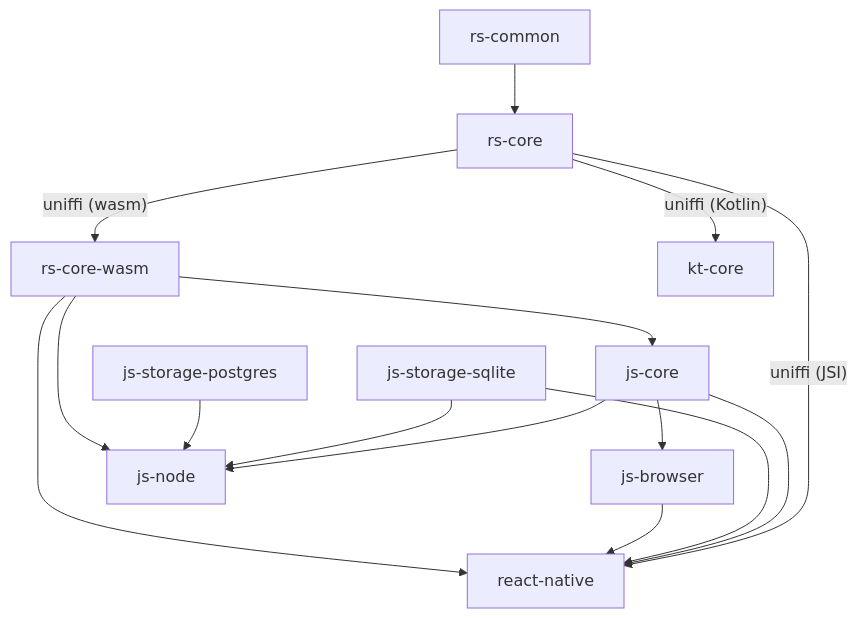
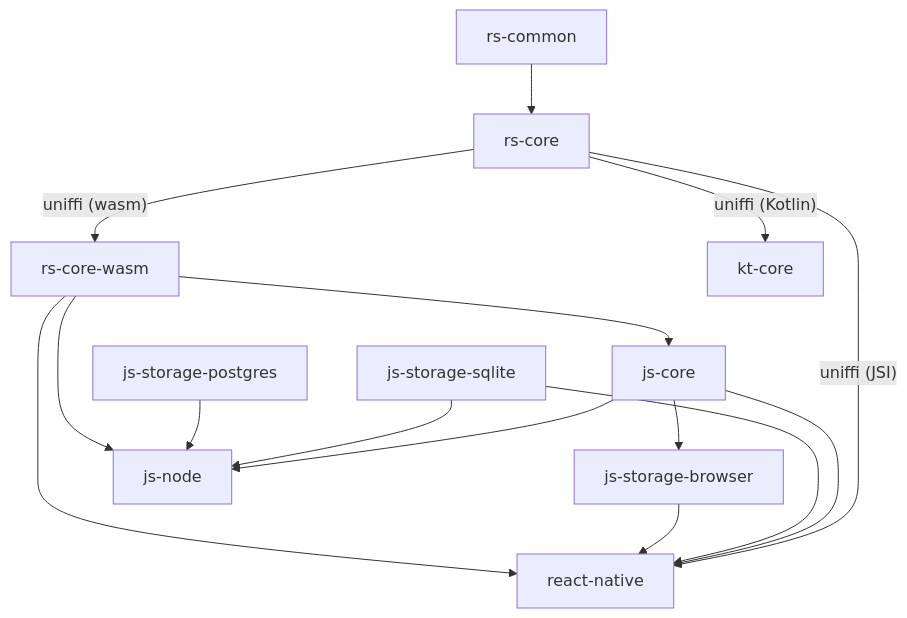
One commit to futo-org/Harbor changed the diagram in docs/content/developer/project-structure.md. Above: the diagram before and after it, drawn with Mermaid. The commit also changed other lines of this file and 36 other files, not shown here.

Commit message:
Rename js-browser to js-storage-browser, to match other storage packages

````diff
--- a/docs/content/developer/project-structure.md
+++ b/docs/content/developer/project-structure.md
@@ -42,17 +42,17 @@
 ```mermaid
 flowchart TD
   common[rs-common] --> core[rs-core]
   core -- "uniffi (wasm)" --> wasm[rs-core-wasm]
   core -- "uniffi (JSI)" --> rn[react-native]
   core -- "uniffi (Kotlin)" --> kt[kt-core]
   wasm --> jscore[js-core]
-  jscore --> browser[js-browser]
+  jscore --> browser[js-storage-browser]
   jscore --> node[js-node]
   jscore --> rn
   sqlite[js-storage-sqlite] --> node
   sqlite --> rn
   pg[js-storage-postgres] --> node
   browser --> rn
   wasm --> node
   wasm --> rn
 ```
````
